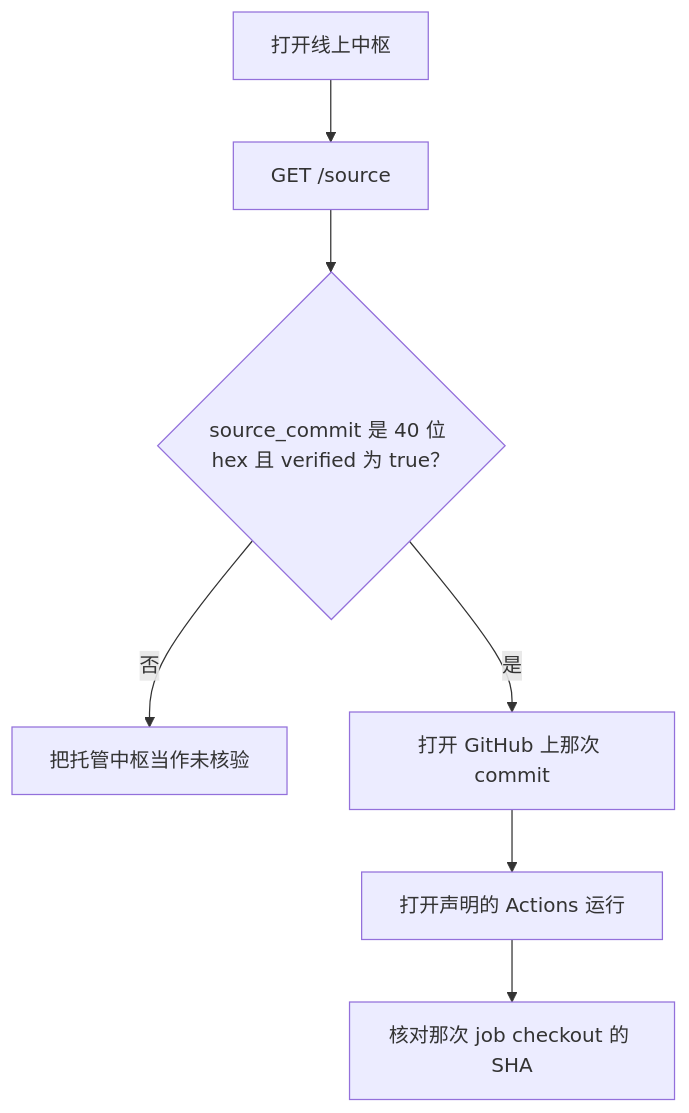
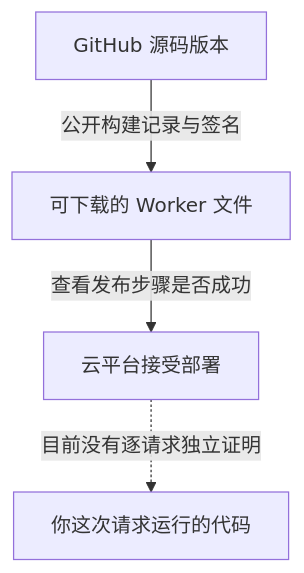
Before and after one commit to TITOCHAN2023/fleetForAgent: the first of 3 diagrams in docs/blog/same-source-as-github.zh.md, drawn with Mermaid. The commit also changed other lines of this file and 17 other files, not shown here.

````diff
--- a/docs/blog/same-source-as-github.zh.md
+++ b/docs/blog/same-source-as-github.zh.md
@@ -11,11 +14,6 @@
 ```mermaid
 flowchart TD
-  accTitle: 读者如何把线上中枢对上 GitHub
-  accDescr: 读者向线上中枢要源码身份，再把声明的 git commit 对到公开仓库，以及对到部署它的 GitHub Actions 运行。
-  A["打开线上中枢"] --> B["GET /source"]
-  B --> C{"source_commit 是 40 位 hex 且 verified 为 true？"}
-  C -->|"否"| D["把托管中枢当作未核验"]
-  C -->|"是"| E["打开 GitHub 上那次 commit"]
-  E --> F["打开声明的 Actions 运行"]
-  F --> G["核对那次 job checkout 的 SHA"]
+  A["GitHub 源码版本"] -->|"公开构建记录与签名"| B["可下载的 Worker 文件"]
+  B -->|"查看发布步骤是否成功"| C["云平台接受部署"]
+  C -.->|"目前没有逐请求独立证明"| D["你这次请求运行的代码"]
 ```
````
